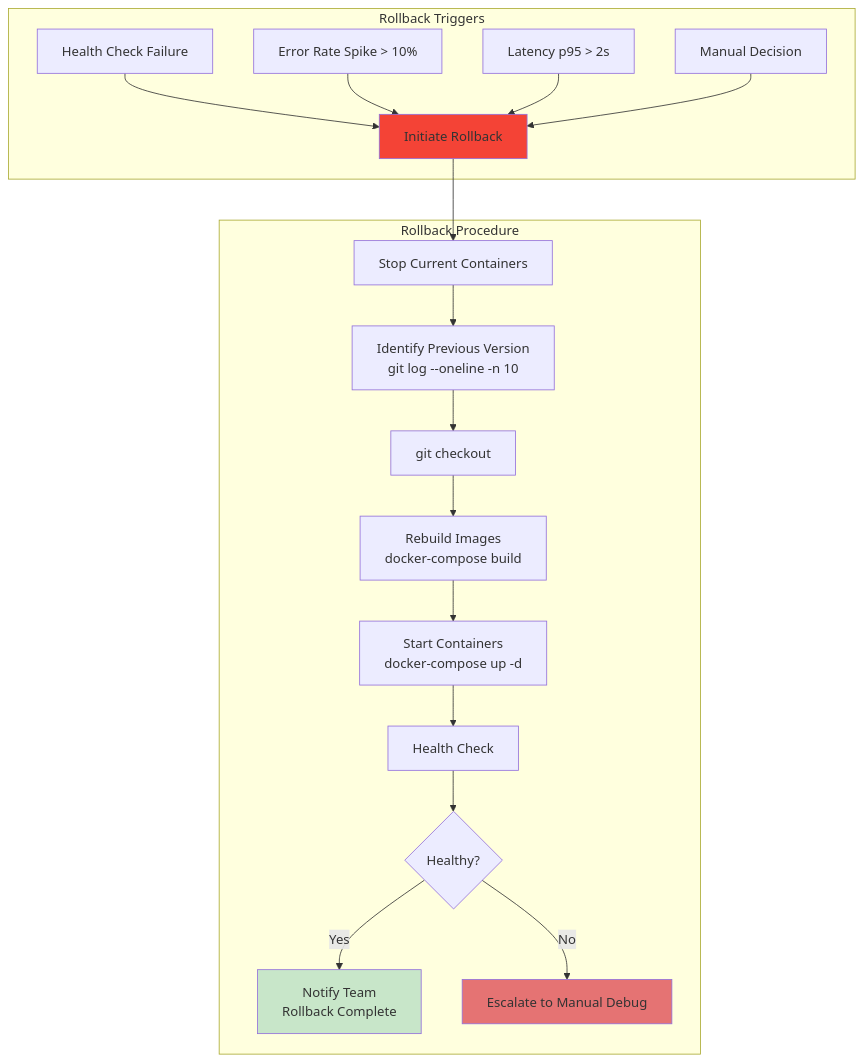
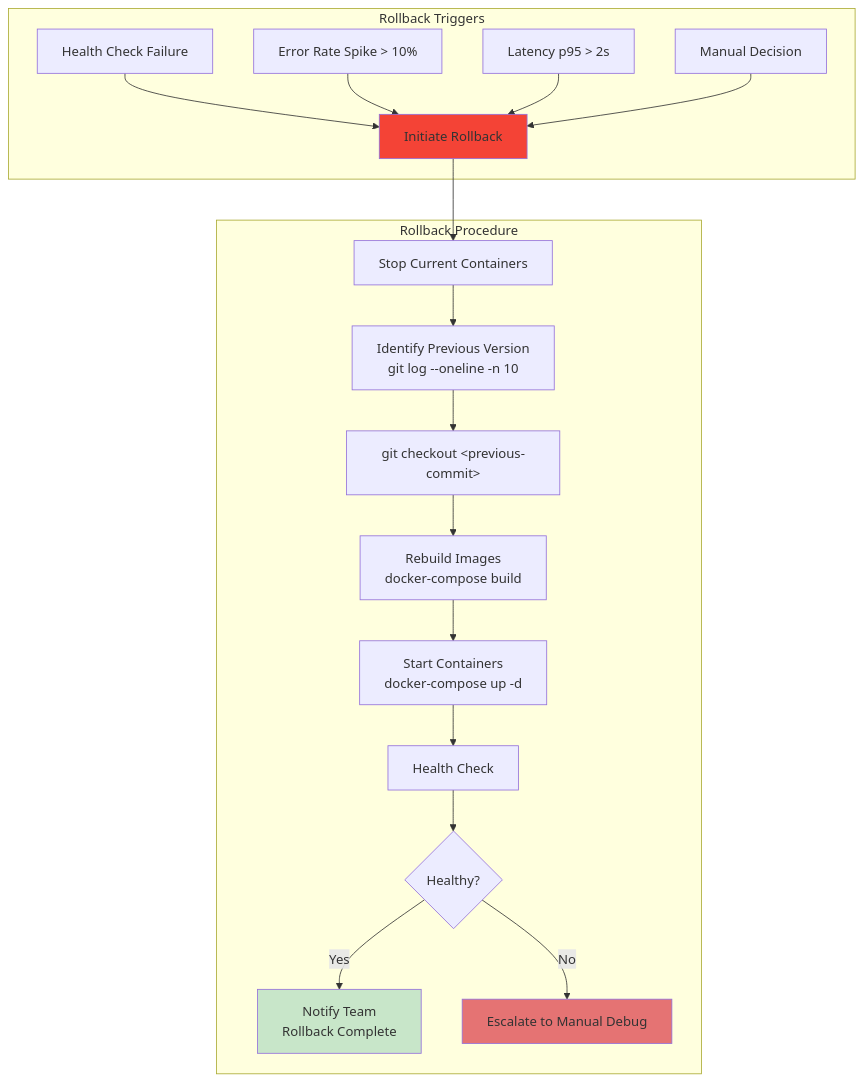
Diagram 13 of 15 in docs/deployment_guide.md (maczeo11/loan-doc-processing-agent), drawn with Mermaid before and after one commit. The commit also changed other lines of this file and 5 other files, not shown here.

Commit message:
fix(docs): repair Mermaid diagram syntax errors across architecture docs and langgraph_workflow.md

````diff
--- a/docs/deployment_guide.md
+++ b/docs/deployment_guide.md
@@ -417,26 +417,26 @@
 ```mermaid
 graph TB
     subgraph "Rollback Triggers"
         A[Health Check Failure] --> Rollback[Initiate Rollback]
-        B[Error Rate Spike > 10%] --> Rollback
-        C[Latency p95 > 2s] --> Rollback
+        B["Error Rate Spike > 10%"] --> Rollback
+        C["Latency p95 > 2s"] --> Rollback
         D[Manual Decision] --> Rollback
     end
     
     subgraph "Rollback Procedure"
         Rollback --> Stop[Stop Current Containers]
         Stop --> Identify[Identify Previous Version<br/>git log --oneline -n 10]
-        Identify --> Checkout[git checkout <previous-commit>]
+        Identify --> Checkout["git checkout &lt;previous-commit&gt;"]
         Checkout --> Rebuild[Rebuild Images<br/>docker-compose build]
         Rebuild --> Restart[Start Containers<br/>docker-compose up -d]
         Restart --> Verify[Health Check]
         
         Verify --> E{Healthy?}
         E -->|Yes| F[Notify Team<br/>Rollback Complete]
         E -->|No| G[Escalate to Manual Debug]
     end
     
     style Rollback fill:#F44336
     style F fill:#C8E6C9
     style G fill:#E57373
 ```
````
